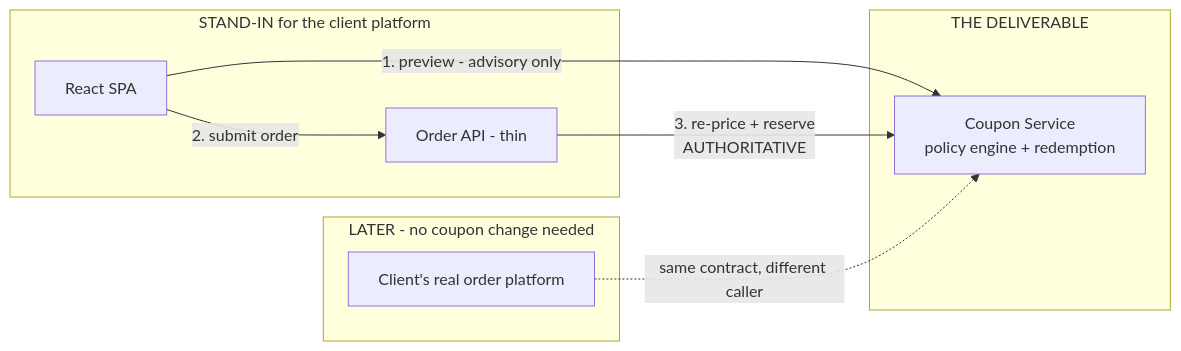
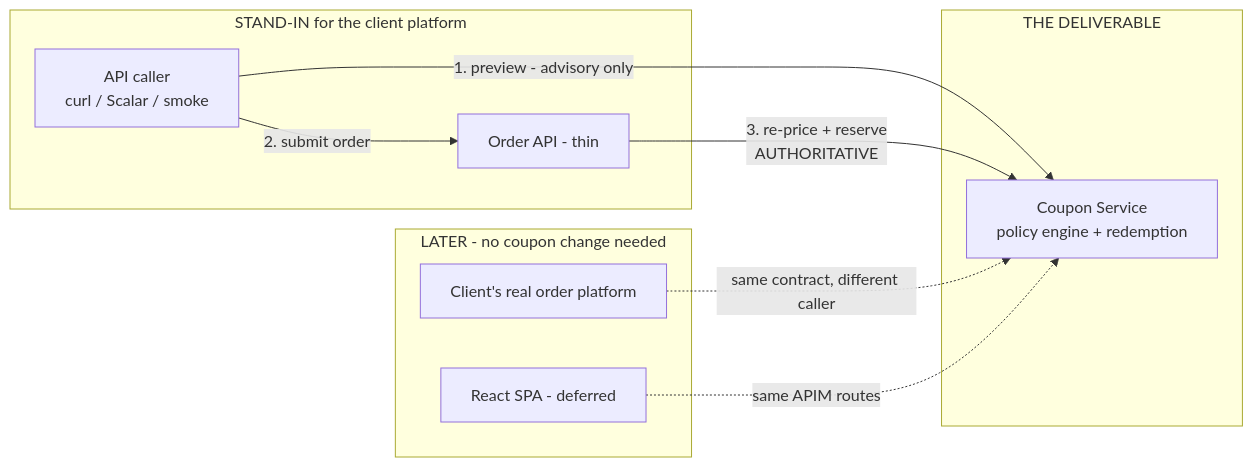
The first of 22 diagrams in docs/solution-architecture.md (r4rad/coupon-service), drawn with Mermaid before and after one commit. The commit also changed other lines of this file and 1 other file, not shown here.

First line of the commit message:
Align solution architecture with the as-built system.

````diff
--- a/docs/solution-architecture.md
+++ b/docs/solution-architecture.md
@@ -27,18 +28,20 @@
 ```mermaid
 flowchart LR
     subgraph deliverable ["THE DELIVERABLE"]
         CS["Coupon Service<br/>policy engine + redemption"]
     end
     subgraph standin ["STAND-IN for the client platform"]
-        SPA["React SPA"]
+        CALLER["API caller<br/>curl / Scalar / smoke"]
         OA["Order API - thin"]
     end
     subgraph future ["LATER - no coupon change needed"]
         REAL["Client's real order platform"]
+        SPA["React SPA - deferred"]
     end
 
-    SPA -->|"1. preview - advisory only"| CS
-    SPA -->|"2. submit order"| OA
+    CALLER -->|"1. preview - advisory only"| CS
+    CALLER -->|"2. submit order"| OA
     OA -->|"3. re-price + reserve<br/>AUTHORITATIVE"| CS
     REAL -.->|"same contract, different caller"| CS
+    SPA -.->|"same APIM routes"| CS
 ```
````
